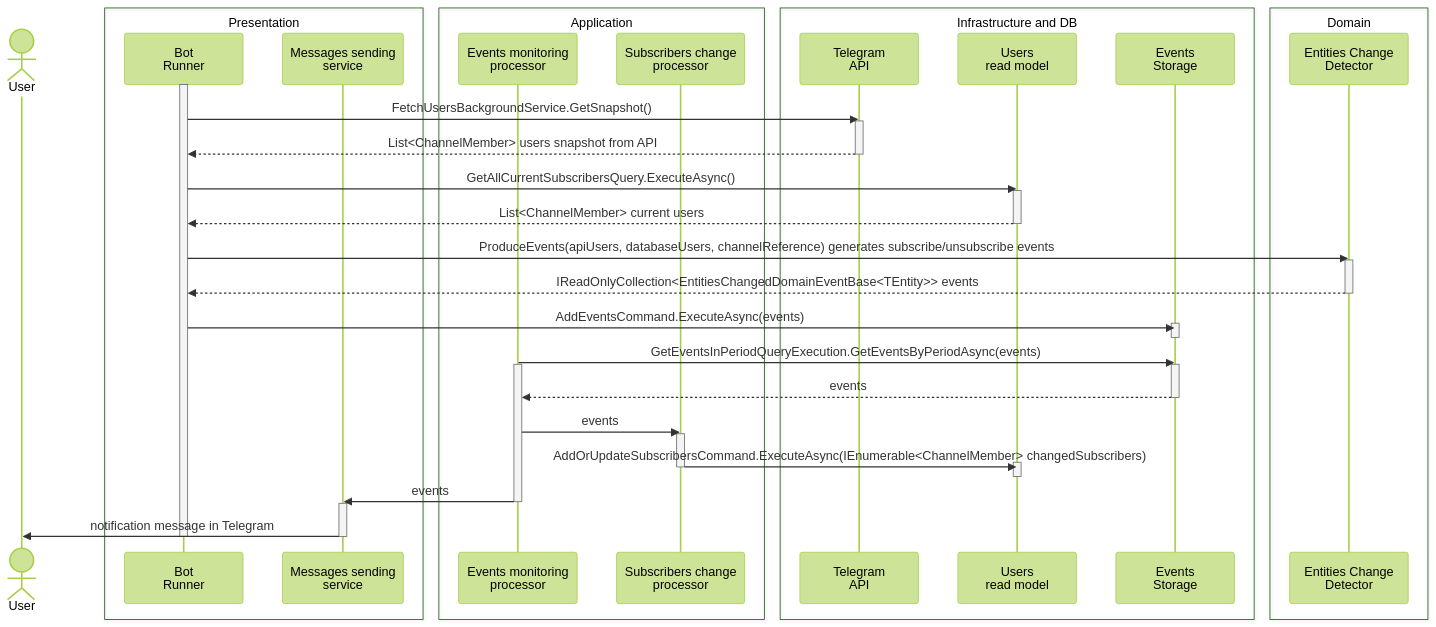
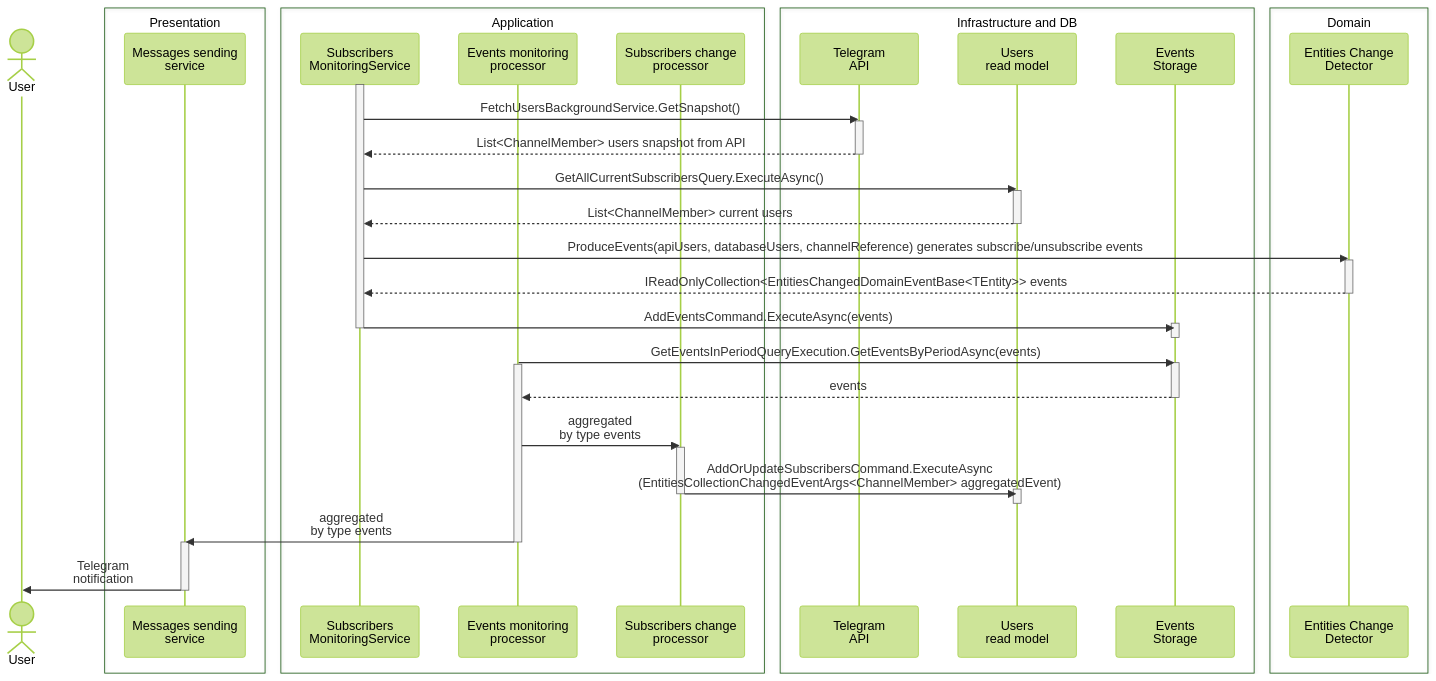
One commit to paraglideralex/tg-channel-monitoring changed the diagram in readme.md. Above: the diagram before and after it, drawn with Mermaid (forest theme). The commit also changed 2 other files, not shown here.

Commit message:
refactor

````diff
--- a/readme.md
+++ b/readme.md
@@ -5,70 +5,71 @@
 ```mermaid
 sequenceDiagram
 	actor User
 
 	box Presentation 
-    participant BotRunner as Bot<br>Runner
     
     participant MessagesSendingService as Messages sending<br>service
     end
 
 	box Application
+	   participant SubscribersMonitoringService as Subscribers<br>MonitoringService
     participant EventsMonitoringProcessor as Events monitoring<br>processor
     participant SubscribersChangeProcessor as Subscribers change<br>processor
     end
     
 	box Infrastructure and DB
     participant TgApi as Telegram<br>API
     participant UsersReadModel as Users<br>read model
     participant EventsStorage as Events<br>Storage
     end
 
 	box Domain
 	participant ChangeDetector as Entities Change<br>Detector
 	end
   
 
-    activate BotRunner
+    activate SubscribersMonitoringService
 
-	    BotRunner->>TgApi: FetchUsersBackgroundService.GetSnapshot()
+	    SubscribersMonitoringService->>TgApi: FetchUsersBackgroundService.GetSnapshot()
 	    activate TgApi
-		TgApi -->> BotRunner: List<ChannelMember> users snapshot from API
+		TgApi -->> SubscribersMonitoringService: List<ChannelMember> users snapshot from API
 		deactivate TgApi
 	
-	    BotRunner->>UsersReadModel: GetAllCurrentSubscribersQuery.ExecuteAsync()
+	    SubscribersMonitoringService->>UsersReadModel: GetAllCurrentSubscribersQuery.ExecuteAsync()
 	    activate UsersReadModel
-	    UsersReadModel-->>BotRunner: List<ChannelMember> current users
+	    UsersReadModel-->>SubscribersMonitoringService: List<ChannelMember> current users
 	    deactivate UsersReadModel
 	
-		BotRunner ->> ChangeDetector: ProduceEvents(apiUsers, databaseUsers, channelReference) generates subscribe/unsubscribe events
+		SubscribersMonitoringService ->> ChangeDetector: ProduceEvents(apiUsers, databaseUsers, channelReference) generates subscribe/unsubscribe events
 		activate ChangeDetector
-		ChangeDetector -->> BotRunner: IReadOnlyCollection<EntitiesChangedDomainEventBase<TEntity>> events
+		ChangeDetector -->> SubscribersMonitoringService: IReadOnlyCollection<EntitiesChangedDomainEventBase<TEntity>> events
 		deactivate ChangeDetector
 	
-		BotRunner ->> EventsStorage: AddEventsCommand.ExecuteAsync(events)
+		SubscribersMonitoringService ->> EventsStorage: AddEventsCommand.ExecuteAsync(events)
+	deactivate SubscribersMonitoringService
 		activate EventsStorage
 		deactivate EventsStorage
 		EventsMonitoringProcessor ->> EventsStorage: GetEventsInPeriodQueryExecution.GetEventsByPeriodAsync(events)
 		activate EventsStorage
-		
+
 		activate EventsMonitoringProcessor
 		EventsStorage -->> EventsMonitoringProcessor: events
 		deactivate EventsStorage
 	
-		EventsMonitoringProcessor ->> SubscribersChangeProcessor: events
+		EventsMonitoringProcessor ->> SubscribersChangeProcessor: aggregated<br/>by type events
 		activate SubscribersChangeProcessor
-		SubscribersChangeProcessor ->> UsersReadModel: AddOrUpdateSubscribersCommand.ExecuteAsync(IEnumerable<ChannelMember> changedSubscribers)
+		SubscribersChangeProcessor ->> UsersReadModel: AddOrUpdateSubscribersCommand.ExecuteAsync<br/>(EntitiesCollectionChangedEventArgs<ChannelMember> aggregatedEvent)
 		activate UsersReadModel
 		deactivate UsersReadModel
 		deactivate SubscribersChangeProcessor
 	
-		EventsMonitoringProcessor ->> MessagesSendingService: events
+		EventsMonitoringProcessor ->> MessagesSendingService: aggregated<br/>by type events
 		deactivate EventsMonitoringProcessor
 		activate MessagesSendingService
-		MessagesSendingService ->> User: notification message in Telegram
+		MessagesSendingService ->> User: Telegram<br/>notification
 		deactivate MessagesSendingService
 
 		
-	deactivate BotRunner
+	
 
 ```
````
